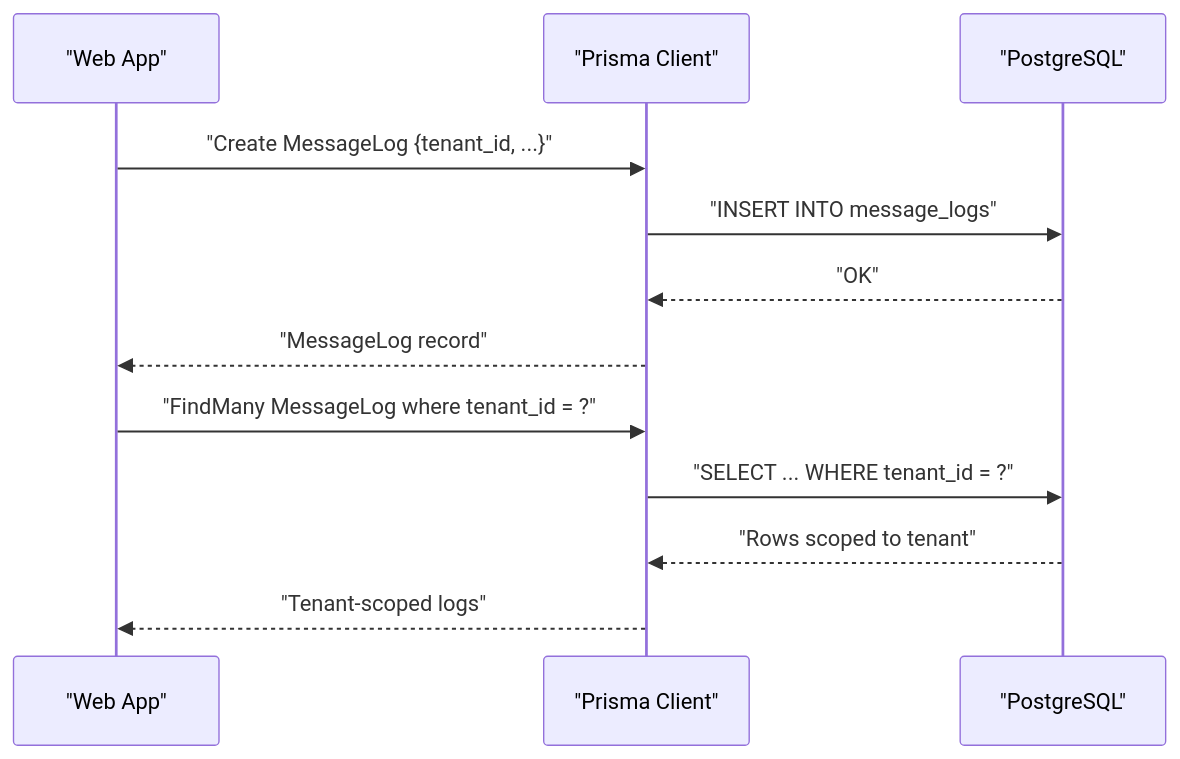
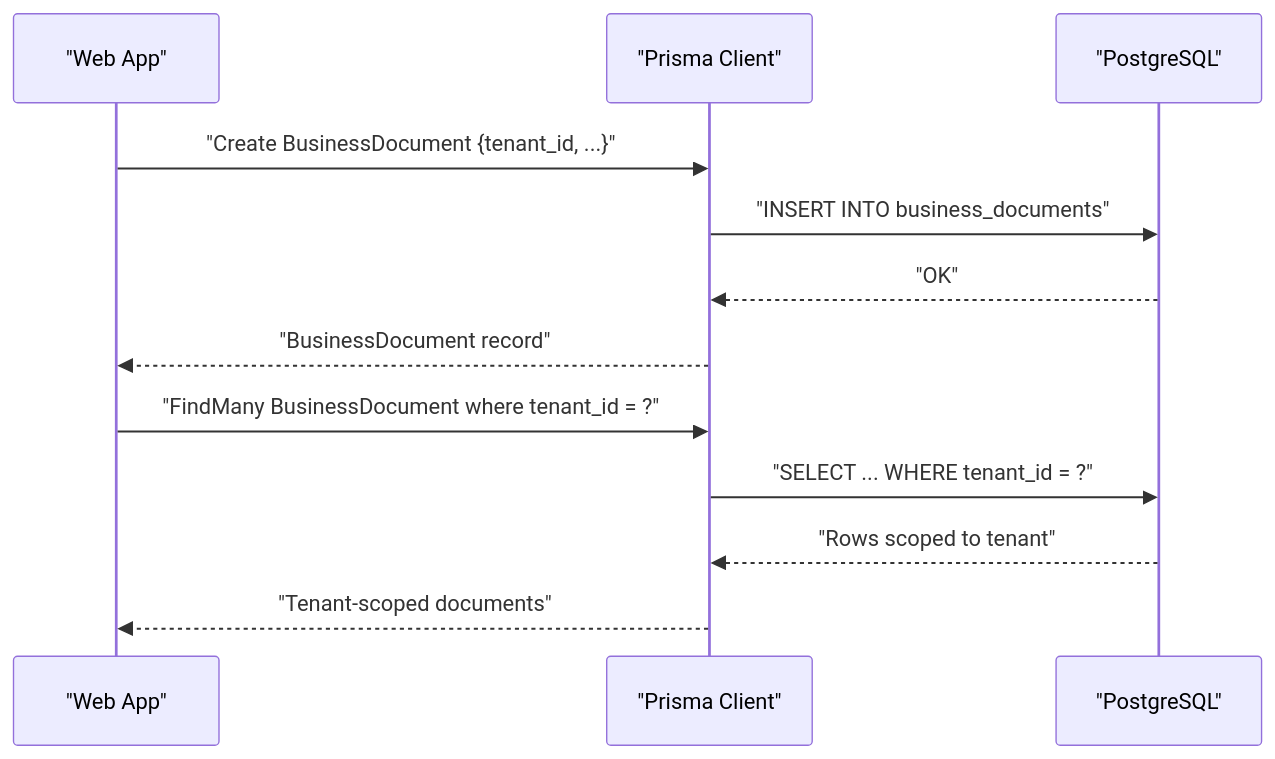
The fourth of 7 diagrams in .qoder/repowiki/en/content/Database Design/Database Design.md (askchiwa-spec/FLOW-HQ-BOT), drawn with Mermaid before and after one commit. The commit also changed other lines of this file and 27 other files, not shown here.

````diff
--- a/.qoder/repowiki/en/content/Database Design/Database Design.md
+++ b/.qoder/repowiki/en/content/Database Design/Database Design.md
@@ -399,14 +534,14 @@
 ```mermaid
 sequenceDiagram
 participant Web as "Web App"
 participant Prisma as "Prisma Client"
 participant DB as "PostgreSQL"
-Web->>Prisma : "Create MessageLog {tenant_id, ...}"
-Prisma->>DB : "INSERT INTO message_logs"
+Web->>Prisma : "Create BusinessDocument {tenant_id, ...}"
+Prisma->>DB : "INSERT INTO business_documents"
 DB-->>Prisma : "OK"
-Prisma-->>Web : "MessageLog record"
-Web->>Prisma : "FindMany MessageLog where tenant_id = ?"
+Prisma-->>Web : "BusinessDocument record"
+Web->>Prisma : "FindMany BusinessDocument where tenant_id = ?"
 Prisma->>DB : "SELECT ... WHERE tenant_id = ?"
 DB-->>Prisma : "Rows scoped to tenant"
-Prisma-->>Web : "Tenant-scoped logs"
+Prisma-->>Web : "Tenant-scoped documents"
 ```
````
